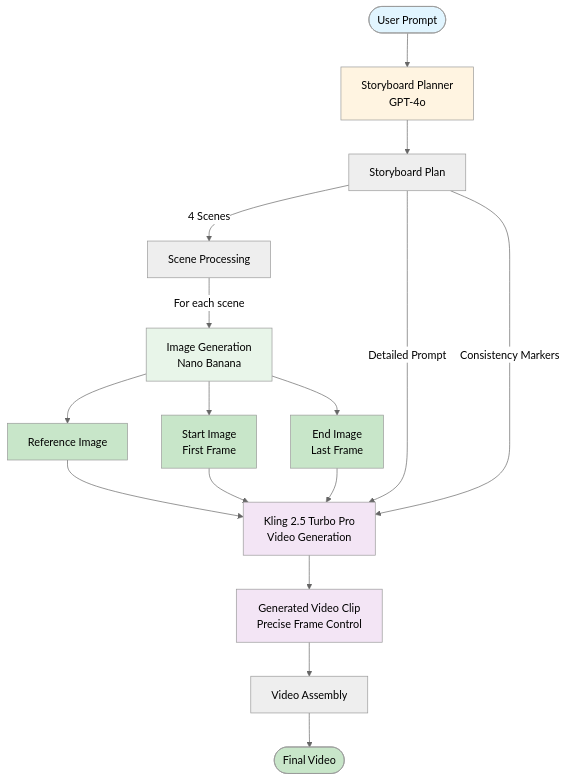
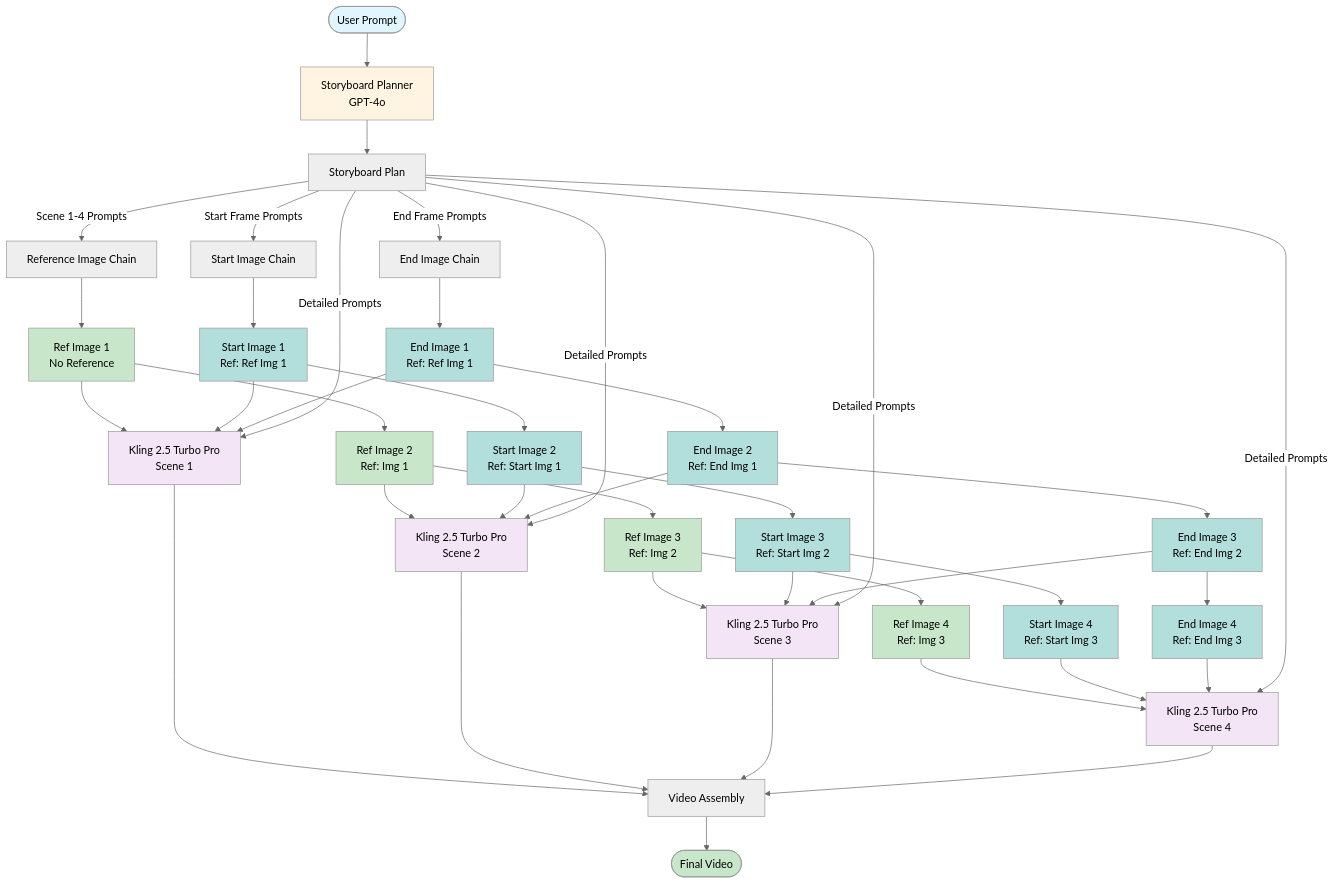
One commit to atharva-sardar02/ad-mint-ai changed the third of 5 diagrams in llm-enhancer-atharva/workflow-diagram.md. Above: the diagram before and after it, drawn with Mermaid (neutral theme). The commit also changed 21 other files, not shown here.

````diff
--- a/llm-enhancer-atharva/workflow-diagram.md
+++ b/llm-enhancer-atharva/workflow-diagram.md
@@ -128,34 +128,72 @@
 ```mermaid
 flowchart TD
     Start([User Prompt]) --> LLM[Storyboard Planner<br/>GPT-4o]
     
     LLM --> Storyboard[Storyboard Plan]
-    Storyboard --> |4 Scenes| Scene[Scene Processing]
+    Storyboard --> |Scene 1-4 Prompts| RefChain[Reference Image Chain]
+    Storyboard --> |Start Frame Prompts| StartChain[Start Image Chain]
+    Storyboard --> |End Frame Prompts| EndChain[End Image Chain]
     
-    Scene --> |For each scene| ImgGen[Image Generation<br/>Nano Banana]
+    RefChain --> RefImg1[Ref Image 1<br/>No Reference]
+    RefImg1 --> RefImg2[Ref Image 2<br/>Ref: Img 1]
+    RefImg2 --> RefImg3[Ref Image 3<br/>Ref: Img 2]
+    RefImg3 --> RefImg4[Ref Image 4<br/>Ref: Img 3]
     
-    ImgGen --> RefImg[Reference Image]
-    ImgGen --> StartImg[Start Image<br/>First Frame]
-    ImgGen --> EndImg[End Image<br/>Last Frame]
+    StartChain --> StartImg1[Start Image 1<br/>Ref: Ref Img 1]
+    StartImg1 --> StartImg2[Start Image 2<br/>Ref: Start Img 1]
+    StartImg2 --> StartImg3[Start Image 3<br/>Ref: Start Img 2]
+    StartImg3 --> StartImg4[Start Image 4<br/>Ref: Start Img 3]
     
-    RefImg --> Kling[Kling 2.5 Turbo Pro<br/>Video Generation]
-    StartImg --> Kling
-    EndImg --> Kling
-    Storyboard --> |Detailed Prompt| Kling
-    Storyboard --> |Consistency Markers| Kling
+    EndChain --> EndImg1[End Image 1<br/>Ref: Ref Img 1]
+    EndImg1 --> EndImg2[End Image 2<br/>Ref: End Img 1]
+    EndImg2 --> EndImg3[End Image 3<br/>Ref: End Img 2]
+    EndImg3 --> EndImg4[End Image 4<br/>Ref: End Img 3]
     
-    Kling --> Video[Generated Video Clip<br/>Precise Frame Control]
+    RefImg1 --> Kling1[Kling 2.5 Turbo Pro<br/>Scene 1]
+    StartImg1 --> Kling1
+    EndImg1 --> Kling1
     
-    Video --> Assembly[Video Assembly]
+    RefImg2 --> Kling2[Kling 2.5 Turbo Pro<br/>Scene 2]
+    StartImg2 --> Kling2
+    EndImg2 --> Kling2
+    
+    RefImg3 --> Kling3[Kling 2.5 Turbo Pro<br/>Scene 3]
+    StartImg3 --> Kling3
+    EndImg3 --> Kling3
+    
+    RefImg4 --> Kling4[Kling 2.5 Turbo Pro<br/>Scene 4]
+    StartImg4 --> Kling4
+    EndImg4 --> Kling4
+    
+    Storyboard --> |Detailed Prompts| Kling1
+    Storyboard --> |Detailed Prompts| Kling2
+    Storyboard --> |Detailed Prompts| Kling3
+    Storyboard --> |Detailed Prompts| Kling4
+    
+    Kling1 --> Assembly[Video Assembly]
+    Kling2 --> Assembly
+    Kling3 --> Assembly
+    Kling4 --> Assembly
+    
     Assembly --> Final([Final Video])
     
     style Start fill:#e1f5ff
     style LLM fill:#fff4e1
-    style ImgGen fill:#e8f5e9
-    style RefImg fill:#c8e6c9
-    style StartImg fill:#c8e6c9
-    style EndImg fill:#c8e6c9
-    style Kling fill:#f3e5f5
-    style Video fill:#f3e5f5
+    style RefImg1 fill:#c8e6c9
+    style RefImg2 fill:#c8e6c9
+    style RefImg3 fill:#c8e6c9
+    style RefImg4 fill:#c8e6c9
+    style StartImg1 fill:#b2dfdb
+    style StartImg2 fill:#b2dfdb
+    style StartImg3 fill:#b2dfdb
+    style StartImg4 fill:#b2dfdb
+    style EndImg1 fill:#b2dfdb
+    style EndImg2 fill:#b2dfdb
+    style EndImg3 fill:#b2dfdb
+    style EndImg4 fill:#b2dfdb
+    style Kling1 fill:#f3e5f5
+    style Kling2 fill:#f3e5f5
+    style Kling3 fill:#f3e5f5
+    style Kling4 fill:#f3e5f5
     style Final fill:#c8e6c9
 ```
````
